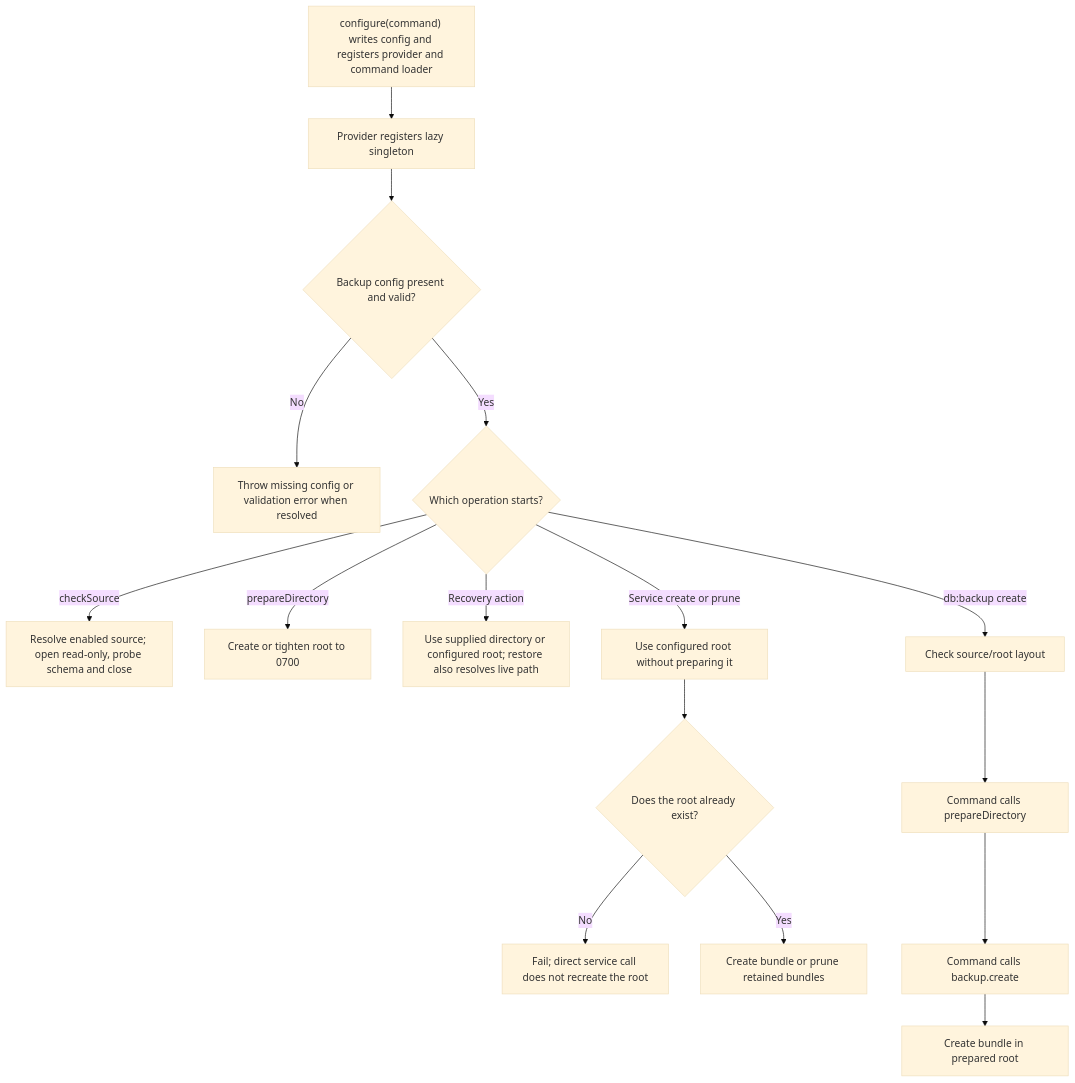
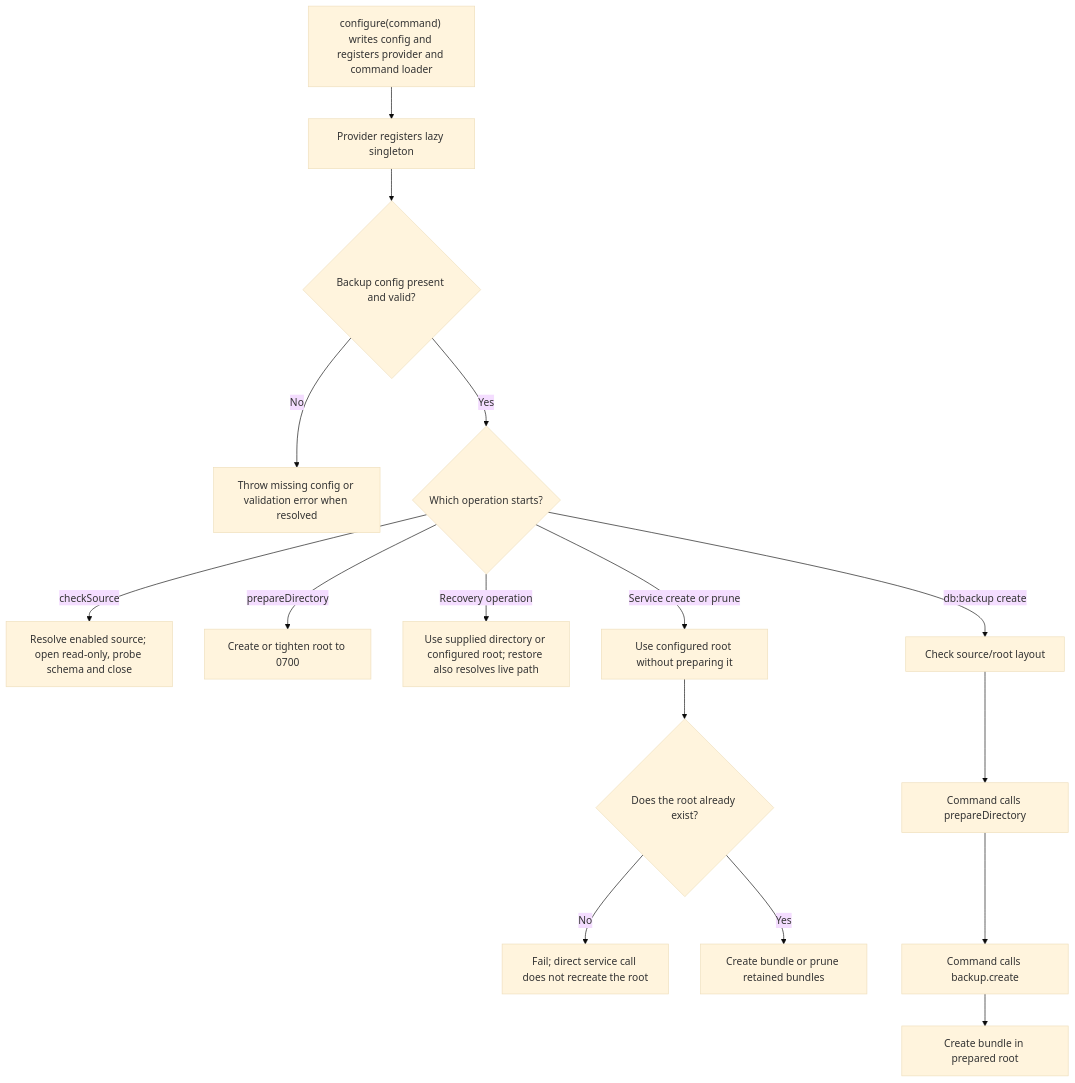
One commit to Kevinjohn/oss-adonisjs-sqlite-backup changed the second of 2 diagrams in user-stories/setup/us-setup-01-configure-backups.md. Above: the diagram before and after it, drawn with Mermaid (base theme). The commit also changed other lines of this file and 12 other files, not shown here.

````diff
--- a/user-stories/setup/us-setup-01-configure-backups.md
+++ b/user-stories/setup/us-setup-01-configure-backups.md
@@ -48,18 +48,18 @@
 ```mermaid
 flowchart TD
     A["configure(command) writes config and registers provider and command loader"] --> B["Provider registers lazy singleton"]
     B --> B1{"Backup config present and valid?"}
     B1 -->|No| X["Throw missing config or validation error when resolved"]
     B1 -->|Yes| C{"Which operation starts?"}
     C -->|checkSource| S["Resolve enabled source; open read-only, probe schema and close"]
     C -->|prepareDirectory| P["Create or tighten root to 0700"]
-    C -->|Recovery action| R["Use supplied directory or configured root; restore also resolves live path"]
+    C -->|Recovery operation| R["Use supplied directory or configured root; restore also resolves live path"]
     C -->|Service create or prune| D["Use configured root without preparing it"]
     D --> E{"Does the root already exist?"}
     E -->|No| F["Fail; direct service call does not recreate the root"]
     E -->|Yes| G["Create bundle or prune retained bundles"]
     C -->|db:backup create| H1["Check source/root layout"]
     H1 --> H["Command calls prepareDirectory"]
     H --> I["Command calls backup.create"]
     I --> J["Create bundle in prepared root"]
 ```
````
